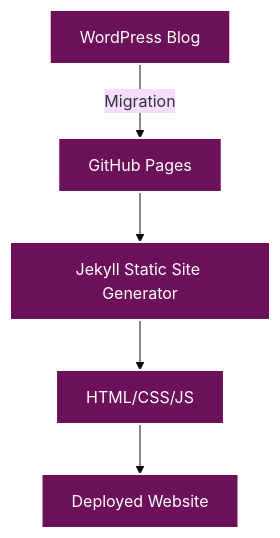
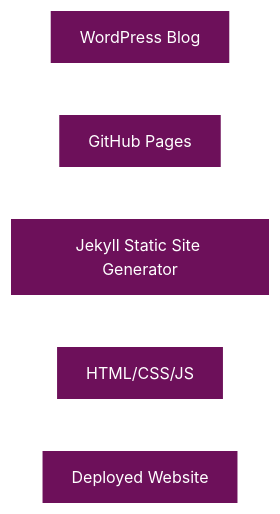
Before and after one commit to radicalkjax/blog: the first of 7 diagrams in MIGRATION_DOCUMENTATION.md, drawn with Mermaid (base theme). The commit also changed other lines of this file, not shown here.

Commit message:
Created more detailed migration documentation.

````diff
--- a/MIGRATION_DOCUMENTATION.md
+++ b/MIGRATION_DOCUMENTATION.md
@@ -7,13 +7,18 @@
 ```mermaid
 graph TD
-    A[WordPress Blog] -->|Migration| B[GitHub Pages]
+    A[WordPress Blog] --> B[GitHub Pages]
     B --> C[Jekyll Static Site Generator]
     C --> D[HTML/CSS/JS]
     D --> E[Deployed Website]
     
     style A fill:#6d105a,stroke:#fff,stroke-width:2px,color:#fff
     style B fill:#6d105a,stroke:#fff,stroke-width:2px,color:#fff
     style C fill:#6d105a,stroke:#fff,stroke-width:2px,color:#fff
     style D fill:#6d105a,stroke:#fff,stroke-width:2px,color:#fff
     style E fill:#6d105a,stroke:#fff,stroke-width:2px,color:#fff
+    
+    linkStyle 0 stroke:#fff,stroke-width:2px;
+    linkStyle 1 stroke:#fff,stroke-width:2px;
+    linkStyle 2 stroke:#fff,stroke-width:2px;
+    linkStyle 3 stroke:#fff,stroke-width:2px;
 ```
````
